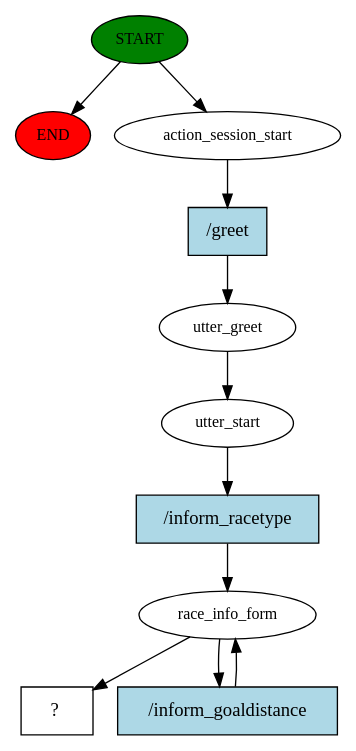
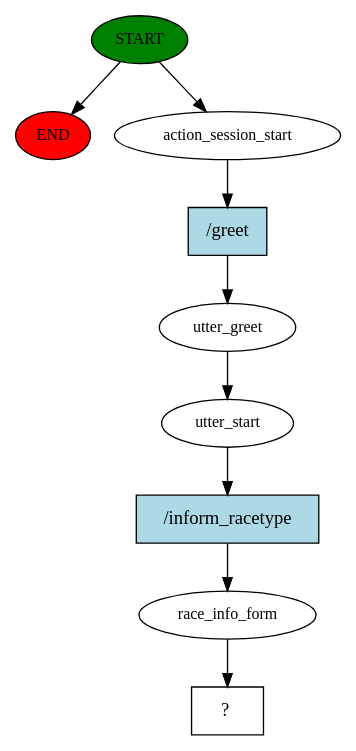
One commit to Tomaicho/AI_Chatbot changed the diagram in PeakPerformanceBot/story_graph.dot. Above: the diagram before and after it, drawn with Graphviz. The commit also changed 563 other files, not shown here.

```diff
--- a/PeakPerformanceBot/story_graph.dot
+++ b/PeakPerformanceBot/story_graph.dot
@@ -1,22 +1,19 @@
 digraph  {
 0 [class="start active", fillcolor=green, fontsize=12, label=START, style=filled];
 "-1" [class=end, fillcolor=red, fontsize=12, label=END, style=filled];
 1 [class=active, fontsize=12, label=action_session_start];
 2 [class=active, fontsize=12, label=utter_greet];
 3 [class=active, fontsize=12, label=utter_start];
 4 [class=active, fontsize=12, label=race_info_form];
-6 [class="intent dashed active", label="  ?  ", shape=rect];
-7 [class="intent active", fillcolor=lightblue, label="/greet", shape=rect, style=filled];
-8 [class="intent active", fillcolor=lightblue, label="/inform_racetype", shape=rect, style=filled];
-9 [class="intent active", fillcolor=lightblue, label="/inform_goaldistance", shape=rect, style=filled];
+5 [class="intent dashed active", label="  ?  ", shape=rect];
+6 [class="intent active", fillcolor=lightblue, label="/greet", shape=rect, style=filled];
+7 [class="intent active", fillcolor=lightblue, label="/inform_racetype", shape=rect, style=filled];
 0 -> "-1"  [class="", key=NONE, label=""];
 0 -> 1  [class=active, key=NONE, label=""];
-1 -> 7  [class=active, key=0];
+1 -> 6  [class=active, key=0];
 2 -> 3  [class=active, key=NONE, label=""];
-3 -> 8  [class=active, key=0];
-4 -> 6  [class=active, key=NONE, label=""];
-4 -> 9  [class=active, key=0];
-7 -> 2  [class=active, key=0];
-8 -> 4  [class=active, key=0];
-9 -> 4  [class=active, key=0];
+3 -> 7  [class=active, key=0];
+4 -> 5  [class=active, key=NONE, label=""];
+6 -> 2  [class=active, key=0];
+7 -> 4  [class=active, key=0];
 }
```
